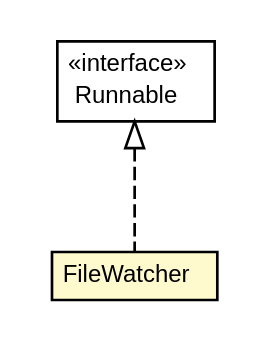
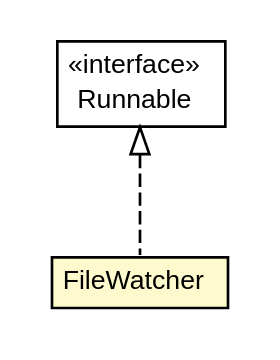
The diagram in static/javadocs/1.0.0/org/gservlet/FileWatcher.dot (GServlet/gservlet-site), drawn with Graphviz before and after one commit. The commit also changed 168 other files, not shown here.

```diff
--- a/static/javadocs/1.0.0/org/gservlet/FileWatcher.dot
+++ b/static/javadocs/1.0.0/org/gservlet/FileWatcher.dot
@@ -1,27 +1,27 @@
 #!/usr/local/bin/dot
 #
 # Class diagram 
 # Generated by UMLGraph version R5_6-24-gf6e263 (http://www.umlgraph.org/)
 #
 
 digraph G {
 	edge [fontname="arial",fontsize=10,labelfontname="arial",labelfontsize=10];
 	node [fontname="arial",fontsize=10,shape=plaintext];
 	nodesep=0.25;
 	ranksep=0.5;
 	// org.gservlet.FileWatcher
-	c1059 [label=<<table title="org.gservlet.FileWatcher" border="0" cellborder="1" cellspacing="0" cellpadding="2" port="p" bgcolor="lemonChiffon" href="./FileWatcher.html">
+	c1087 [label=<<table title="org.gservlet.FileWatcher" border="0" cellborder="1" cellspacing="0" cellpadding="2" port="p" bgcolor="lemonChiffon" href="./FileWatcher.html">
 		<tr><td><table border="0" cellspacing="0" cellpadding="1">
 <tr><td align="center" balign="center"> FileWatcher </td></tr>
 		</table></td></tr>
-		</table>>, URL="./FileWatcher.html", fontname="arial", fontcolor="black", fontsize=9.0];
+		</table>>, URL="./FileWatcher.html", fontname="arial", fontcolor="black", fontsize=10.0];
 	//org.gservlet.FileWatcher implements java.lang.Runnable
-	c1093:p -> c1059:p [dir=back,arrowtail=empty,style=dashed];
+	c1093:p -> c1087:p [dir=back,arrowtail=empty,style=dashed];
 	// java.lang.Runnable
 	c1093 [label=<<table title="java.lang.Runnable" border="0" cellborder="1" cellspacing="0" cellpadding="2" port="p" href="http://java.sun.com/j2se/1.4.2/docs/api/java/lang/Runnable.html">
 		<tr><td><table border="0" cellspacing="0" cellpadding="1">
 <tr><td align="center" balign="center"> &#171;interface&#187; </td></tr>
 <tr><td align="center" balign="center"> Runnable </td></tr>
 		</table></td></tr>
-		</table>>, URL="http://java.sun.com/j2se/1.4.2/docs/api/java/lang/Runnable.html", fontname="arial", fontcolor="black", fontsize=9.0];
+		</table>>, URL="http://java.sun.com/j2se/1.4.2/docs/api/java/lang/Runnable.html", fontname="arial", fontcolor="black", fontsize=10.0];
 }
```
